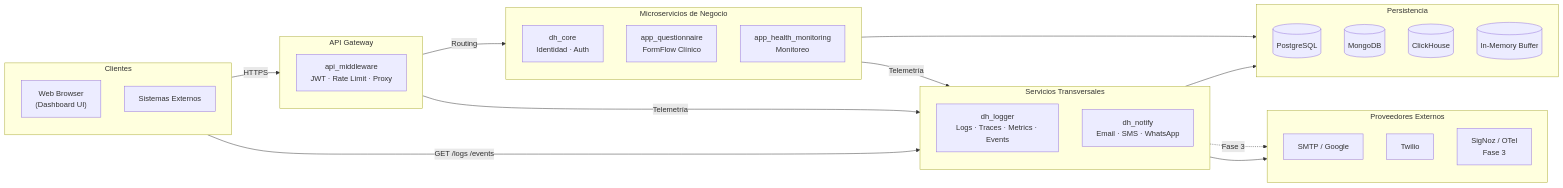
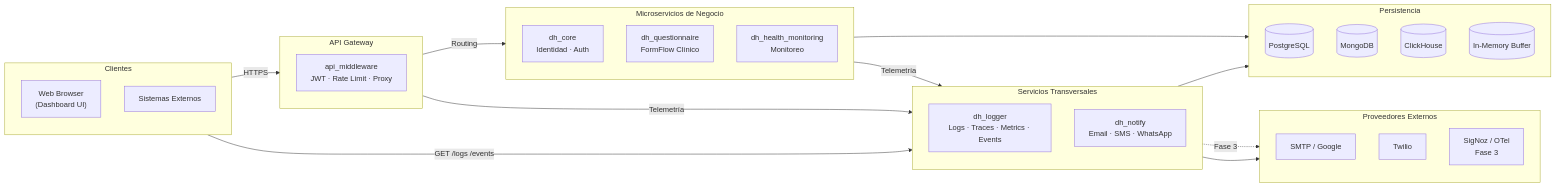
Before and after one commit to m4ck-y/dh_docs: the third of 3 diagrams in architecture/diagrama_arquitectura.md, drawn with Mermaid. The commit also changed other lines of this file and 54 other files, not shown here.

````diff
--- a/architecture/diagrama_arquitectura.md
+++ b/architecture/diagrama_arquitectura.md
@@ -184,58 +184,58 @@
 ```mermaid
 graph LR
     subgraph Clients["Clientes"]
         Browser["Web Browser
 (Dashboard UI)"]
         ExtAPI["Sistemas Externos"]
     end
 
     subgraph Gateway["API Gateway"]
         MW["api_middleware
 JWT · Rate Limit · Proxy"]
     end
 
     subgraph Business["Microservicios de Negocio"]
         direction TB
         CORE["dh_core
 Identidad · Auth"]
-        QUEST["app_questionnaire
+        QUEST["dh_questionnaire
 FormFlow Clínico"]
-        HEALTH["app_health_monitoring
+        HEALTH["dh_health_monitoring
 Monitoreo"]
     end
 
     subgraph CrossCutting["Servicios Transversales"]
         direction TB
         LOGGER["dh_logger
 Logs · Traces · Metrics · Events"]
         MSGSENDER["dh_notify
 Email · SMS · WhatsApp"]
     end
 
     subgraph Data["Persistencia"]
         direction TB
         PG[("PostgreSQL")]
         MONGO[("MongoDB")]
         CH[("ClickHouse")]
         MEM[("In-Memory Buffer")]
     end
 
     subgraph External["Proveedores Externos"]
         direction TB
         SMTP["SMTP / Google"]
         TWILIO["Twilio"]
         SIGNOZ["SigNoz / OTel
 Fase 3"]
     end
 
     Clients -->|HTTPS| Gateway
     Gateway -->|Routing| Business
     Business -->|Telemetría| CrossCutting
     Gateway -->|Telemetría| CrossCutting
     Clients -->|"GET /logs /events"| LOGGER
 
     Business --> Data
     CrossCutting --> Data
     MSGSENDER --> External
     LOGGER -.->|Fase 3| SIGNOZ
 ```
````
